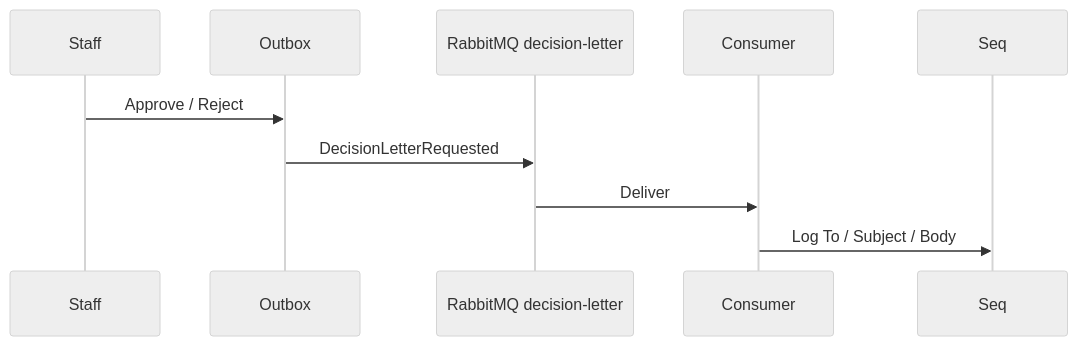
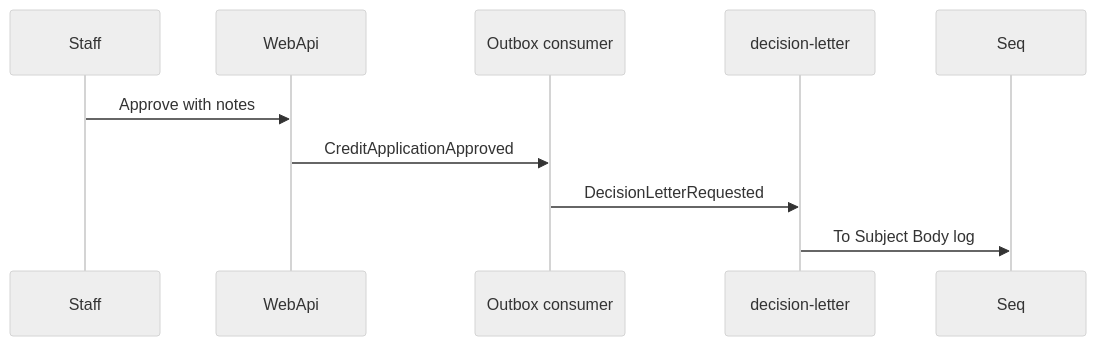
Before and after one commit to fdeniz07/BankApp: the second of 2 diagrams in docs/learning/en/22-decision-letter-email.md, drawn with Mermaid (neutral theme). The commit also changed other lines of this file and 105 other files, not shown here.

First line of the commit message:
doc: Enrich learning chapters with labs, pitfalls, and safe Mermaid

````diff
--- a/docs/learning/en/22-decision-letter-email.md
+++ b/docs/learning/en/22-decision-letter-email.md
@@ -12,12 +44,12 @@
 ```mermaid
 sequenceDiagram
-  participant Staff
-  participant Outbox
-  participant Rabbit as RabbitMQ decision-letter
-  participant Consumer
-  participant Seq
-  Staff->>Outbox: Approve / Reject
-  Outbox->>Rabbit: DecisionLetterRequested
-  Rabbit->>Consumer: Deliver
-  Consumer->>Seq: Log To / Subject / Body
+  participant Staff as Staff
+  participant API as WebApi
+  participant OB as Outbox consumer
+  participant Q as decision-letter
+  participant Seq as Seq
+  Staff->>API: Approve with notes
+  API->>OB: CreditApplicationApproved
+  OB->>Q: DecisionLetterRequested
+  Q->>Seq: To Subject Body log
 ```
````
